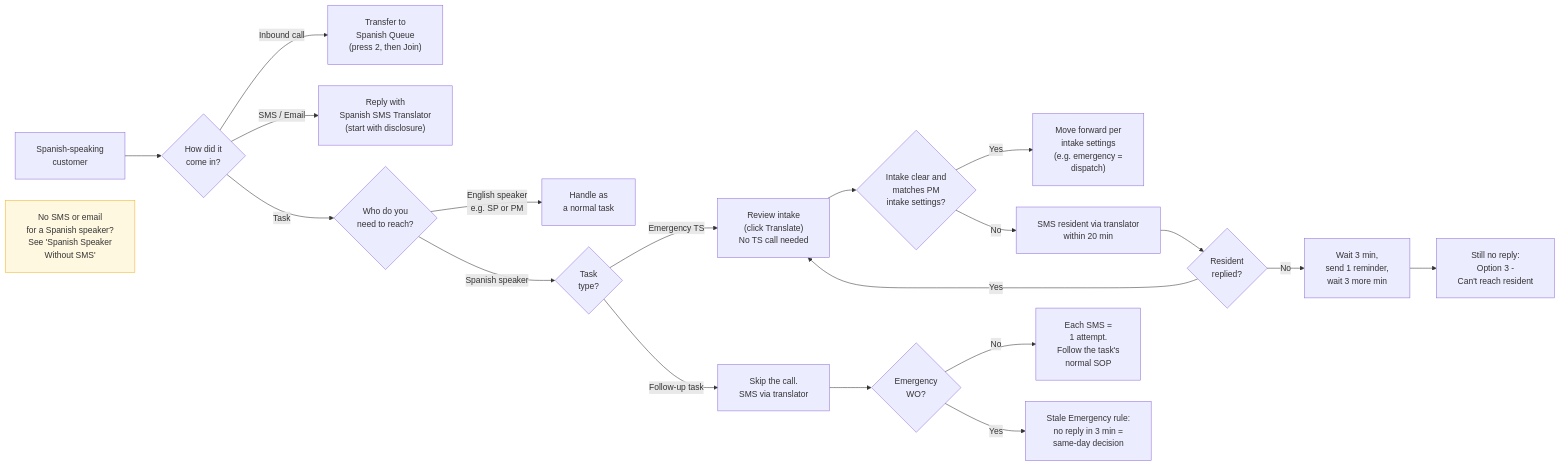
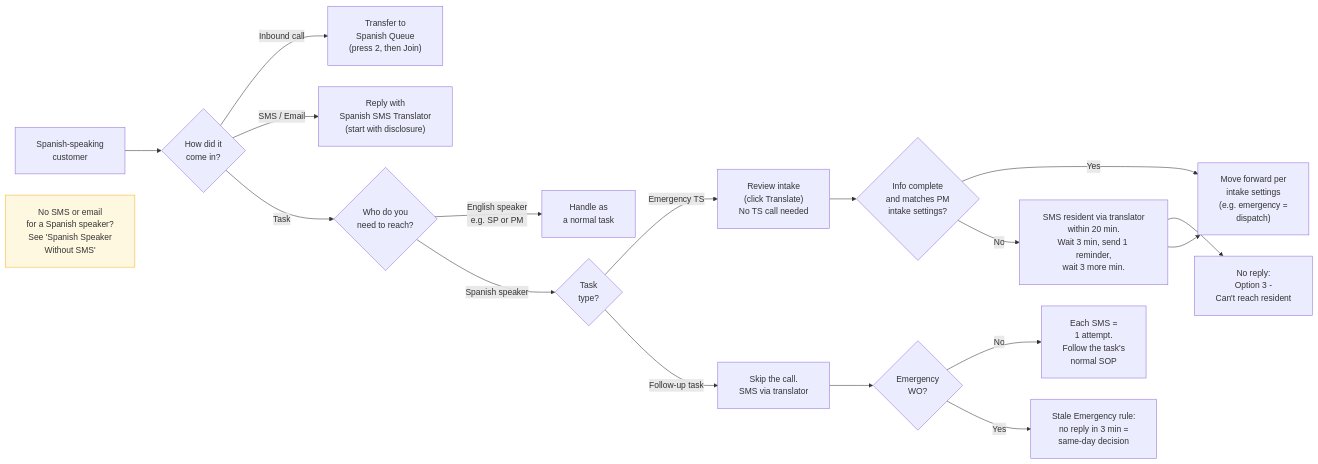
Before and after one commit to LatchelEngineering/mintlify: the diagram in latchel-admin/Service-Operations/Production-Documentation/How-to-Handle-Spanish-SMS-Emails-Calls.mdx, drawn with Mermaid.

Commit message:
Update How to: Handle Spanish SMS/Emails/Calls
- Updated latchel-admin/Service-Operations/Production-Documentation/How-to-Handle-Spanish-SMS-Emails-Calls.mdx

Mintlify-Source: dashboard-editor

````diff
--- a/latchel-admin/Service-Operations/Production-Documentation/How-to-Handle-Spanish-SMS-Emails-Calls.mdx
+++ b/latchel-admin/Service-Operations/Production-Documentation/How-to-Handle-Spanish-SMS-Emails-Calls.mdx
@@ -15,29 +15,27 @@
 ```mermaid
 %%{init: {"flowchart": {"padding": 20, "nodeSpacing": 40, "rankSpacing": 50}}}%%
 flowchart LR
     A["Spanish-speaking<br/>customer"] --> B{"How did it<br/>come in?"}
 
     B -->|Inbound call| C["Transfer to<br/>Spanish Queue<br/>(press 2, then Join)"]
     B -->|SMS / Email| D["Reply with<br/>Spanish SMS Translator<br/>(start with disclosure)"]
     B -->|Task| E{"Who do you<br/>need to reach?"}
 
     E -->|English speaker<br/>e.g. SP or PM| F["Handle as<br/>a normal task"]
     E -->|Spanish speaker| I{"Task<br/>type?"}
 
     I -->|Emergency TS| J["Review intake<br/>(click Translate)<br/>No TS call needed"]
-    J --> K{"Intake clear and<br/>matches PM<br/>intake settings?"}
+    J --> K{"Info complete<br/>and matches PM<br/>intake settings?"}
     K -->|Yes| L["Move forward per<br/>intake settings<br/>(e.g. emergency =<br/>dispatch)"]
-    K -->|No| M["SMS resident via translator<br/>within 20 min"]
-    M --> N{"Resident<br/>replied?"}
-    N -->|Yes| J
-    N -->|No| O["Wait 3 min,<br/>send 1 reminder,<br/>wait 3 more min"]
-    O --> P["Still no reply:<br/>Option 3 -<br/>Can't reach resident"]
+    K -->|No| M["SMS resident via translator<br/>within 20 min.<br/>Wait 3 min, send 1 reminder,<br/>wait 3 more min."]
+    M --> P["No reply:<br/>Option 3 -<br/>Can't reach resident"]
+    M --> L
 
     I -->|Follow-up task| Q["Skip the call.<br/>SMS via translator"]
     Q --> R{"Emergency<br/>WO?"}
     R -->|No| S["Each SMS =<br/>1 attempt.<br/>Follow the task's<br/>normal SOP"]
     R -->|Yes| T["Stale Emergency rule:<br/>no reply in 3 min =<br/>same-day decision"]
 
     Z["No SMS or email<br/>for a Spanish speaker?<br/>See 'Spanish Speaker<br/>Without SMS'"]
     style Z fill:#fff8e1,stroke:#f0b429
 ```
````
